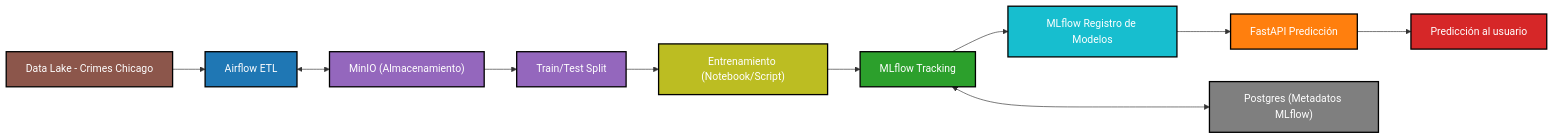
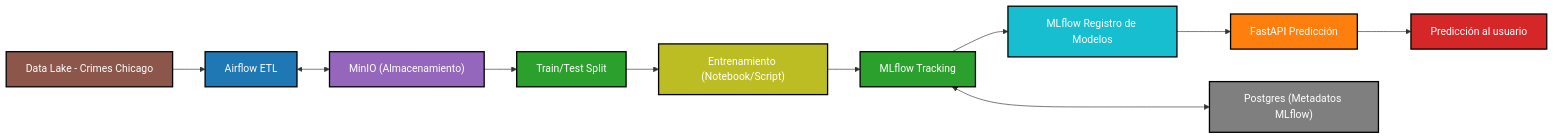
Before and after one commit to DanteMendoza/AP_2025_B3_TP2_Mendoza_Dante: the second of 3 diagrams in README.md, drawn with Mermaid.

Commit message:
Update README.md
v23

````diff
--- a/README.md
+++ b/README.md
@@ -35,26 +35,26 @@
 ```mermaid
 flowchart LR
     A["Data Lake - Crimes Chicago"] --> B["Airflow ETL"]
     B <--> C["MinIO (Almacenamiento)"]
     C --> D["Train/Test Split"]
     D --> E["Entrenamiento (Notebook/Script)"]
     E --> F["MLflow Tracking"]
     F --> G["MLflow Registro de Modelos"]
     G --> H["FastAPI Predicción"]
     H --> I["Predicción al usuario"]
 
     %% Integración con Postgres
     F <---> J["Postgres (Metadatos MLflow)"]
 
     %% Estilos
     style A fill:#8c564b,stroke:#000,stroke-width:2px,color:#fff
     style B fill:#1f77b4,stroke:#000,stroke-width:2px,color:#fff
     style C fill:#9467bd,stroke:#000,stroke-width:2px,color:#fff
-    style D fill:#9467bd,stroke:#000,stroke-width:2px,color:#fff
+    style D fill:#2ca02c,stroke:#000,stroke-width:2px,color:#fff
     style E fill:#bcbd22,stroke:#000,stroke-width:2px,color:#fff
     style F fill:#2ca02c,stroke:#000,stroke-width:2px,color:#fff
     style G fill:#17becf,stroke:#000,stroke-width:2px,color:#fff
     style H fill:#ff7f0e,stroke:#000,stroke-width:2px,color:#fff
     style I fill:#d62728,stroke:#000,stroke-width:2px,color:#fff
     style J fill:#7f7f7f,stroke:#000,stroke-width:2px,color:#fff
 ```
````
